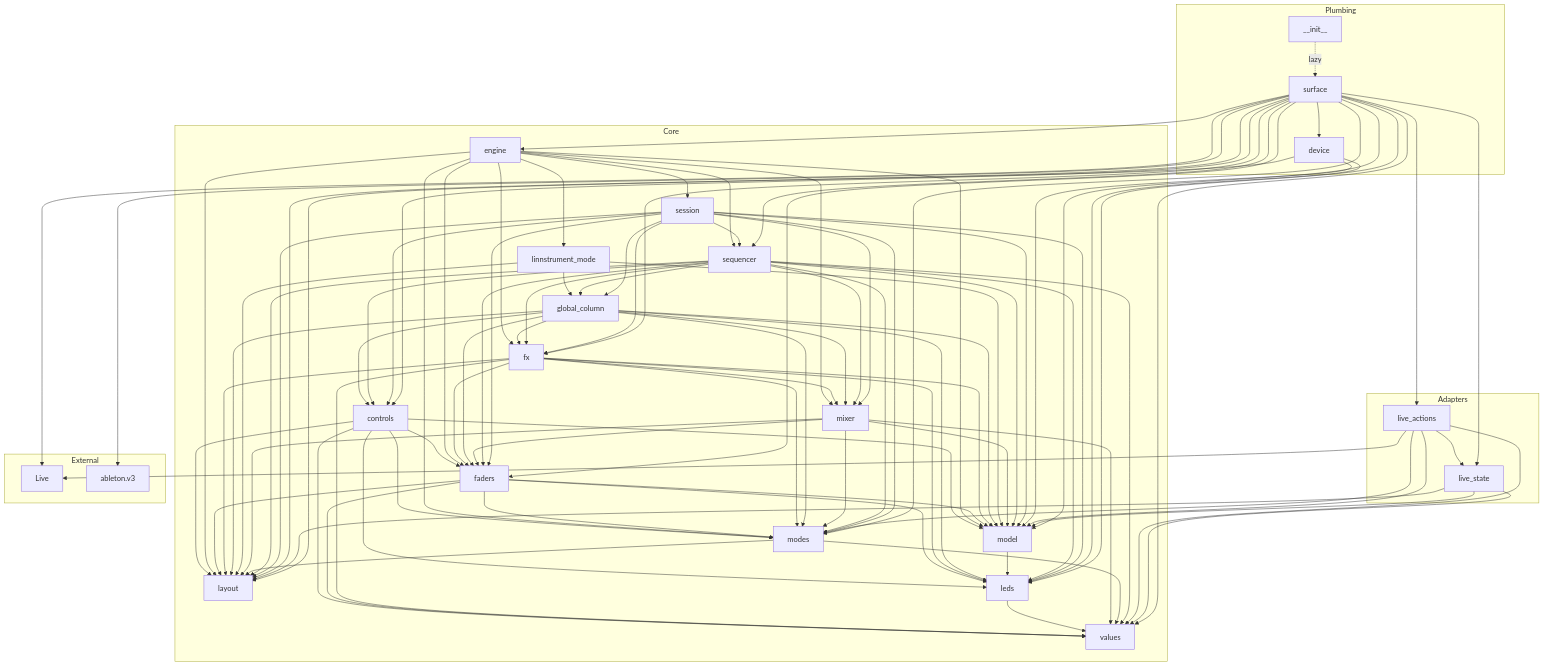
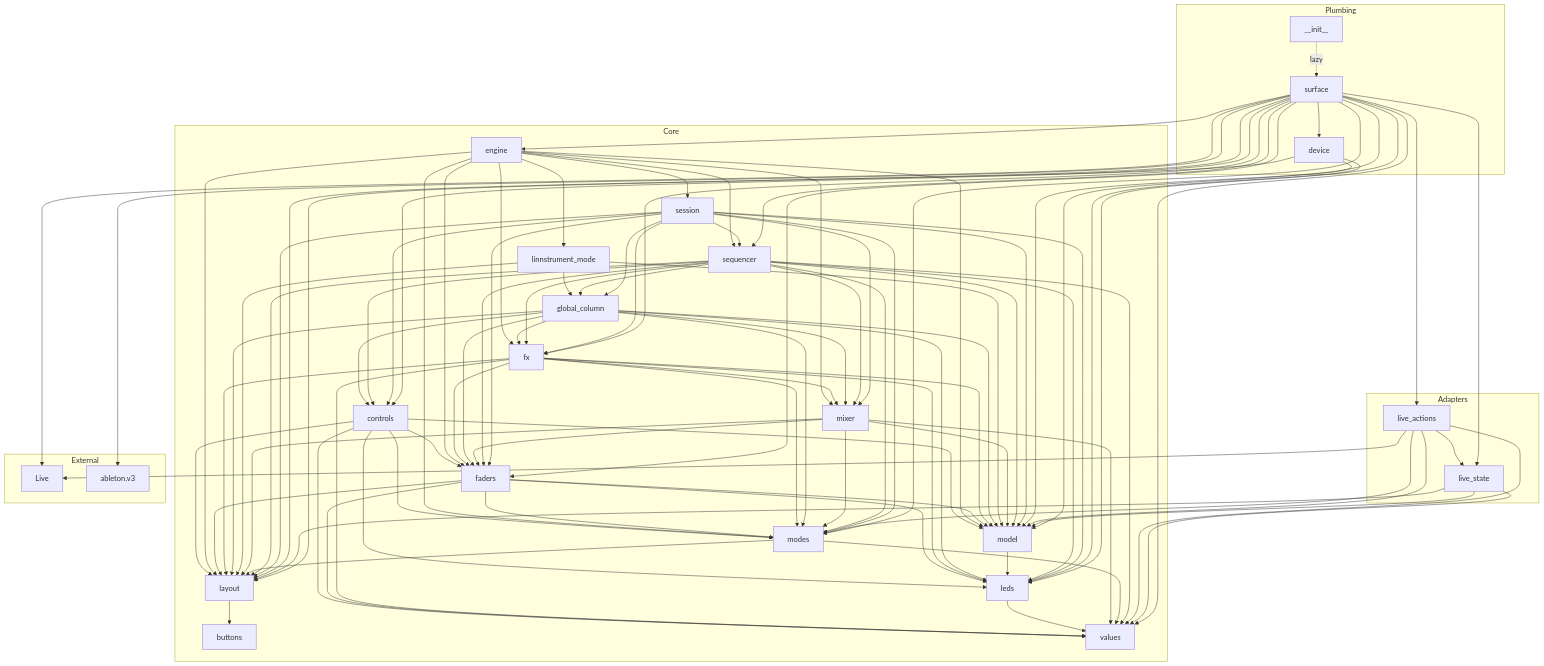
The fourth of 8 diagrams in docs/architecture.md (ianbleaker/bleakloop-linnstrument), drawn with Mermaid before and after one commit. The commit also changed 4 other files, not shown here.

```diff
--- a/docs/architecture.md
+++ b/docs/architecture.md
@@ -193,6 +193,7 @@
     live_state["live_state"]
   end
   subgraph Core
+    core_buttons["buttons"]
     core_controls["controls"]
     core_engine["engine"]
     core_faders["faders"]
@@ -248,6 +249,7 @@
   core_global_column --> core_mixer
   core_global_column --> core_model
   core_global_column --> core_modes
+  core_layout --> core_buttons
   core_leds --> core_values
   core_linnstrument_mode --> core_global_column
   core_linnstrument_mode --> core_layout
```
